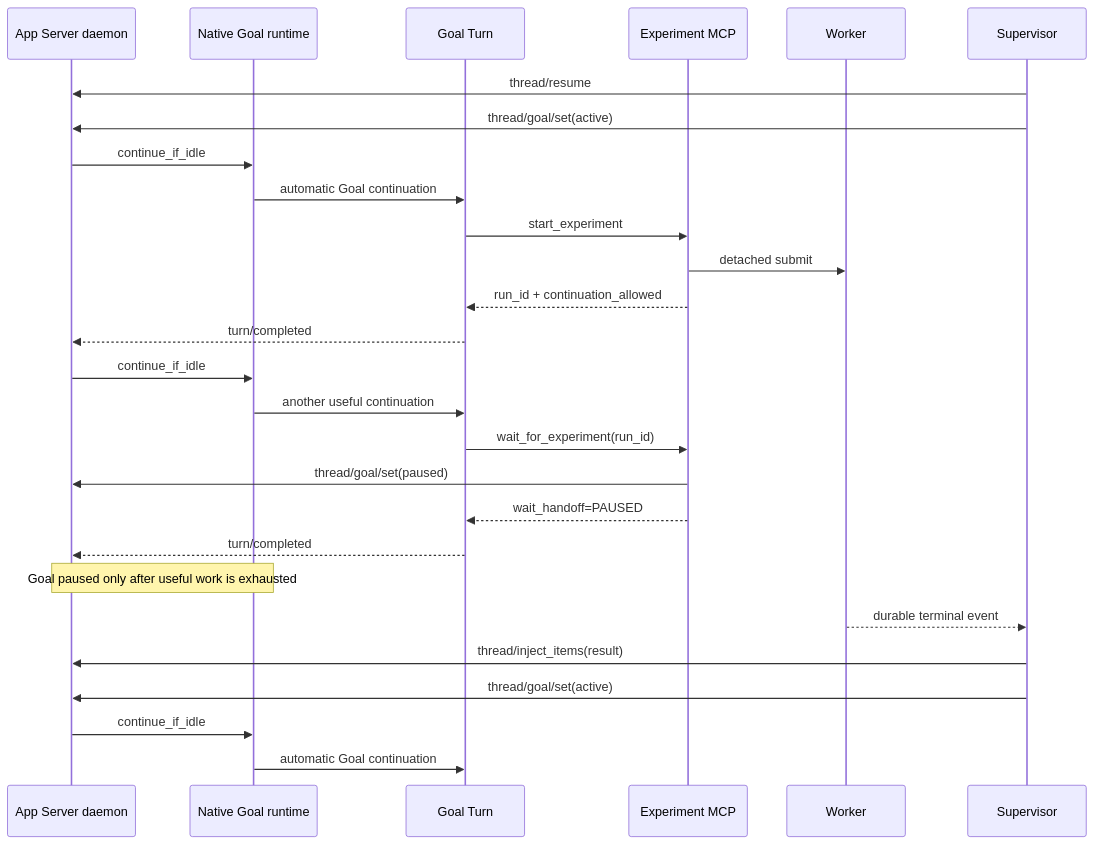
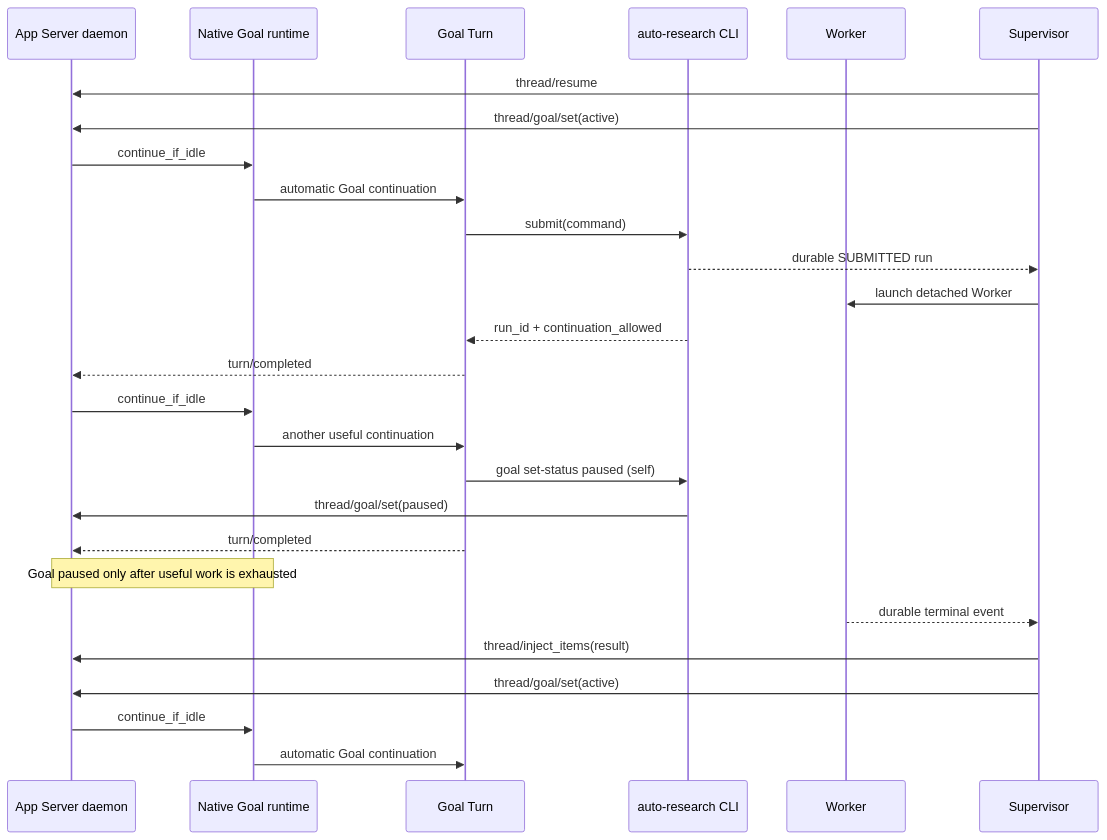
Before and after one commit to dollarser/codex-auto-research: the second of 3 diagrams in docs/AUTO_RESEARCH_SUPERVISOR_SCHEDULER_DESIGN.md, drawn with Mermaid. The commit also changed other lines of this file and 22 other files, not shown here.

````diff
--- a/docs/AUTO_RESEARCH_SUPERVISOR_SCHEDULER_DESIGN.md
+++ b/docs/AUTO_RESEARCH_SUPERVISOR_SCHEDULER_DESIGN.md
@@ -138,30 +246,30 @@
 ```mermaid
 sequenceDiagram
     participant D as App Server daemon
     participant G as Native Goal runtime
     participant C as Goal Turn
-    participant M as Experiment MCP
+    participant X as auto-research CLI
     participant W as Worker
     participant S as Supervisor
 
     S->>D: thread/resume
     S->>D: thread/goal/set(active)
     D->>G: continue_if_idle
     G->>C: automatic Goal continuation
-    C->>M: start_experiment
-    M->>W: detached submit
-    M-->>C: run_id + continuation_allowed
+    C->>X: submit(command)
+    X-->>S: durable SUBMITTED run
+    S->>W: launch detached Worker
+    X-->>C: run_id + continuation_allowed
     C-->>D: turn/completed
     D->>G: continue_if_idle
     G->>C: another useful continuation
-    C->>M: wait_for_experiment(run_id)
-    M->>D: thread/goal/set(paused)
-    M-->>C: wait_handoff=PAUSED
+    C->>X: goal set-status paused (self)
+    X->>D: thread/goal/set(paused)
     C-->>D: turn/completed
     Note over D,G: Goal paused only after useful work is exhausted
     W-->>S: durable terminal event
     S->>D: thread/inject_items(result)
     S->>D: thread/goal/set(active)
     D->>G: continue_if_idle
     G->>C: automatic Goal continuation
 ```
````
